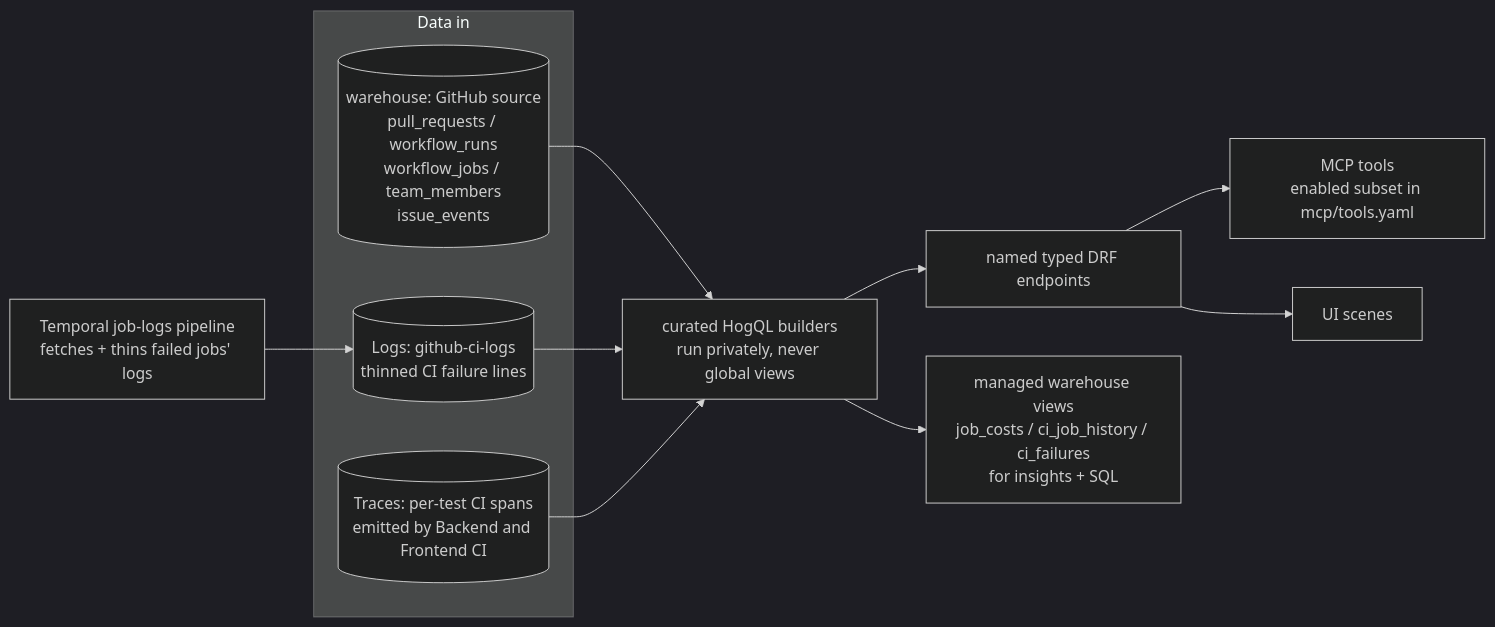
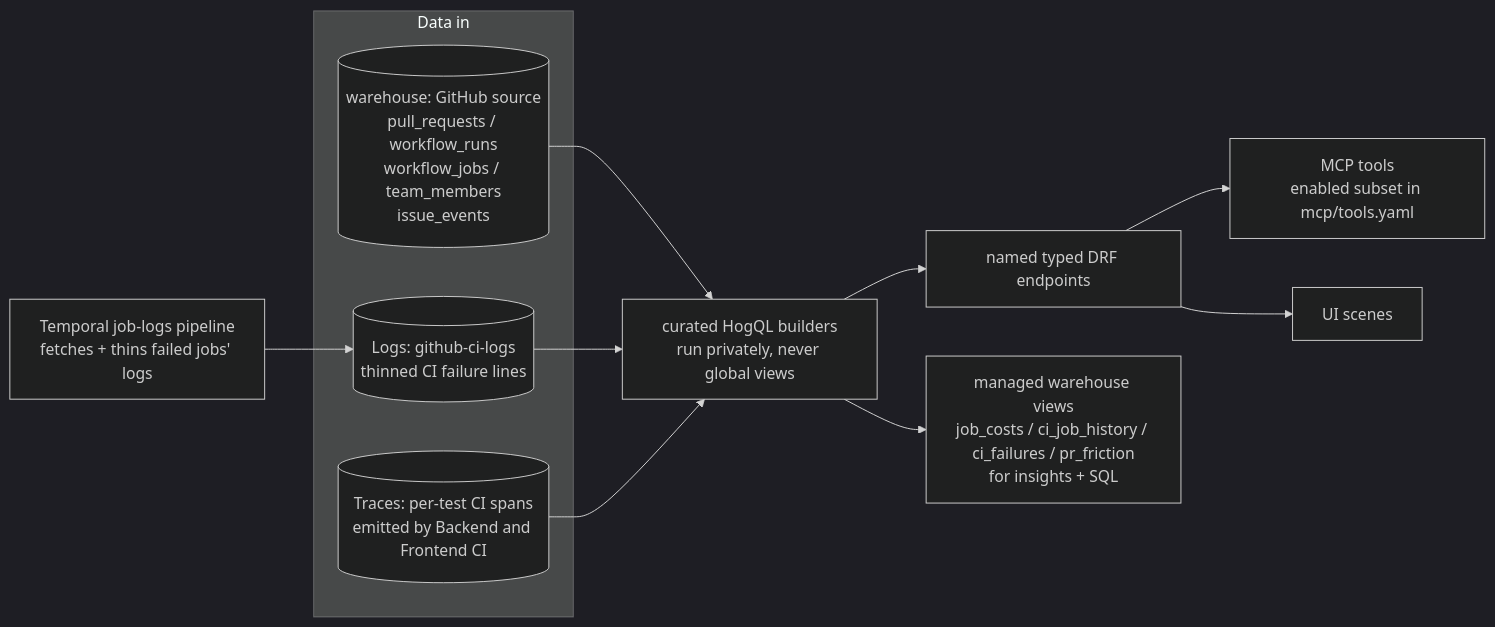
One commit to gabrielmoreira/agent-skills-mirror changed the diagram in mirrors/repos/PostHog@posthog/products/engineering_analytics/README.md. Above: the diagram before and after it, drawn with Mermaid (dark theme). The commit also changed other lines of this file and 2501 other files, not shown here.

````diff
--- a/mirrors/repos/PostHog@posthog/products/engineering_analytics/README.md
+++ b/mirrors/repos/PostHog@posthog/products/engineering_analytics/README.md
@@ -64,18 +64,18 @@
 ```mermaid
 graph LR
     subgraph "Data in"
         WH[("warehouse: GitHub source<br/>pull_requests / workflow_runs<br/>workflow_jobs / team_members<br/>issue_events")]
         LOGS[("Logs: github-ci-logs<br/>thinned CI failure lines")]
         TRACES[("Traces: per-test CI spans<br/>emitted by Backend and Frontend CI")]
     end
     JL["Temporal job-logs pipeline<br/>fetches + thins failed jobs' logs"] --> LOGS
     CUR["curated HogQL builders<br/>run privately, never global views"]
     WH --> CUR
     LOGS --> CUR
     TRACES --> CUR
     EP["named typed DRF endpoints"]
     CUR --> EP
     EP --> MCP["MCP tools<br/>enabled subset in mcp/tools.yaml"]
     EP --> UI["UI scenes"]
-    CUR --> WV["managed warehouse views<br/>job_costs / ci_job_history / ci_failures<br/>for insights + SQL"]
+    CUR --> WV["managed warehouse views<br/>job_costs / ci_job_history / ci_failures / pr_friction<br/>for insights + SQL"]
 ```
````
